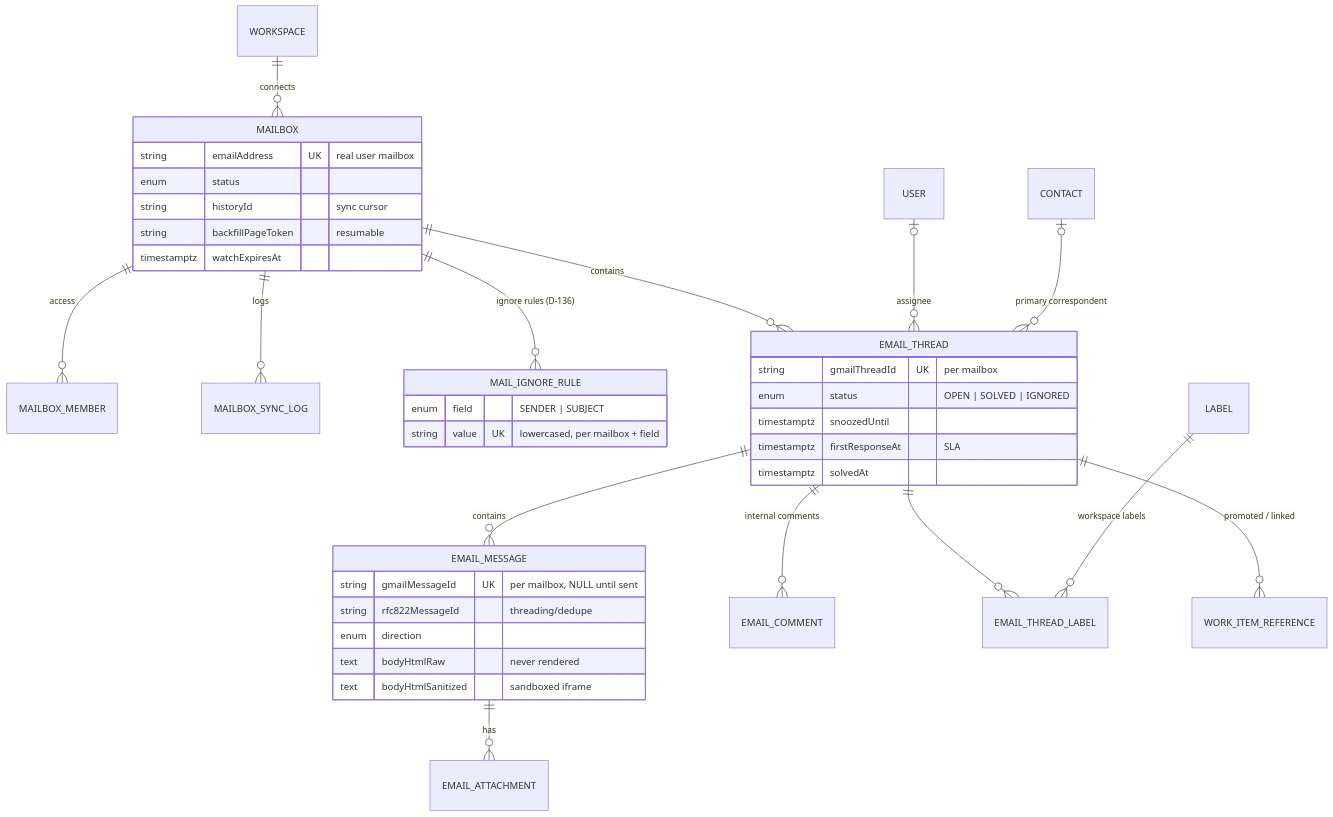
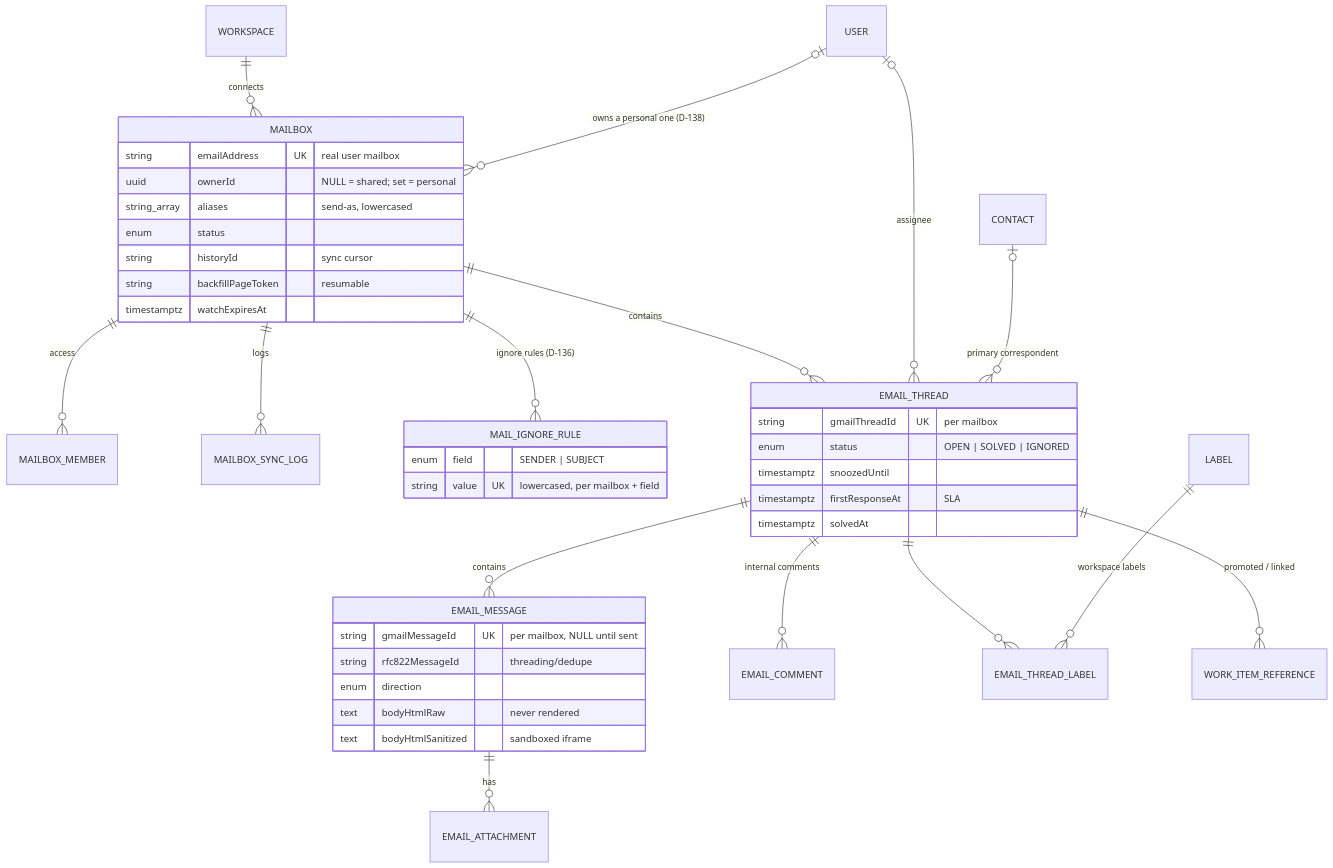
Before and after one commit to VTKLeuven/dopl: the sixth of 8 diagrams in docs/DATA_MODEL.md, drawn with Mermaid. The commit also changed other lines of this file and 8 other files, not shown here.

Commit message:
Record the personal mailbox decision (D-138) and screenshots

````diff
--- a/docs/DATA_MODEL.md
+++ b/docs/DATA_MODEL.md
@@ -298,42 +298,46 @@
 ```mermaid
 erDiagram
   WORKSPACE ||--o{ MAILBOX : connects
   MAILBOX ||--o{ MAILBOX_MEMBER : "access"
   MAILBOX ||--o{ MAILBOX_SYNC_LOG : logs
   MAILBOX ||--o{ MAIL_IGNORE_RULE : "ignore rules (D-136)"
   MAILBOX ||--o{ EMAIL_THREAD : contains
   EMAIL_THREAD ||--o{ EMAIL_MESSAGE : contains
   EMAIL_MESSAGE ||--o{ EMAIL_ATTACHMENT : has
   EMAIL_THREAD ||--o{ EMAIL_COMMENT : "internal comments"
   EMAIL_THREAD ||--o{ EMAIL_THREAD_LABEL : ""
   LABEL ||--o{ EMAIL_THREAD_LABEL : "workspace labels"
   USER |o--o{ EMAIL_THREAD : assignee
   CONTACT |o--o{ EMAIL_THREAD : "primary correspondent"
   EMAIL_THREAD ||--o{ WORK_ITEM_REFERENCE : "promoted / linked"
 
+  USER |o--o{ MAILBOX : "owns a personal one (D-138)"
+
   MAILBOX {
     string emailAddress UK "real user mailbox"
+    uuid ownerId "NULL = shared; set = personal"
+    string_array aliases "send-as, lowercased"
     enum status
     string historyId "sync cursor"
     string backfillPageToken "resumable"
     timestamptz watchExpiresAt
   }
   MAIL_IGNORE_RULE {
     enum field "SENDER | SUBJECT"
     string value UK "lowercased, per mailbox + field"
   }
   EMAIL_THREAD {
     string gmailThreadId UK "per mailbox"
     enum status "OPEN | SOLVED | IGNORED"
     timestamptz snoozedUntil
     timestamptz firstResponseAt "SLA"
     timestamptz solvedAt
   }
   EMAIL_MESSAGE {
     string gmailMessageId UK "per mailbox, NULL until sent"
     string rfc822MessageId "threading/dedupe"
     enum direction
     text bodyHtmlRaw "never rendered"
     text bodyHtmlSanitized "sandboxed iframe"
   }
 ```
````
